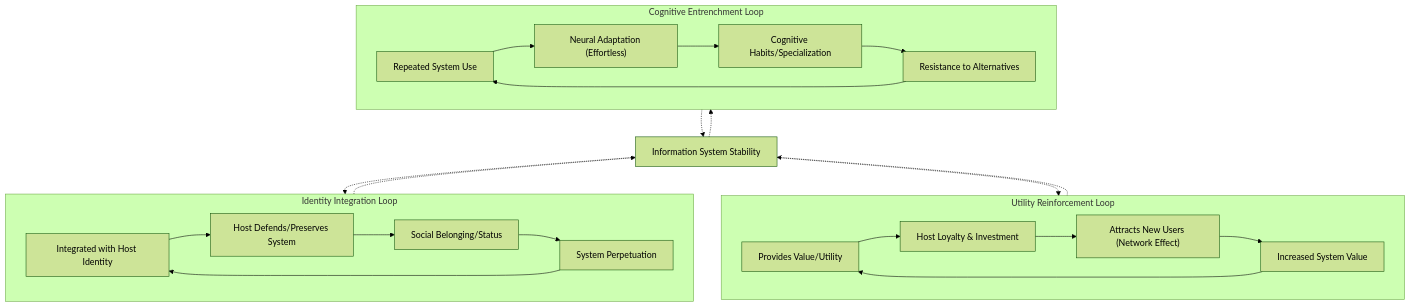
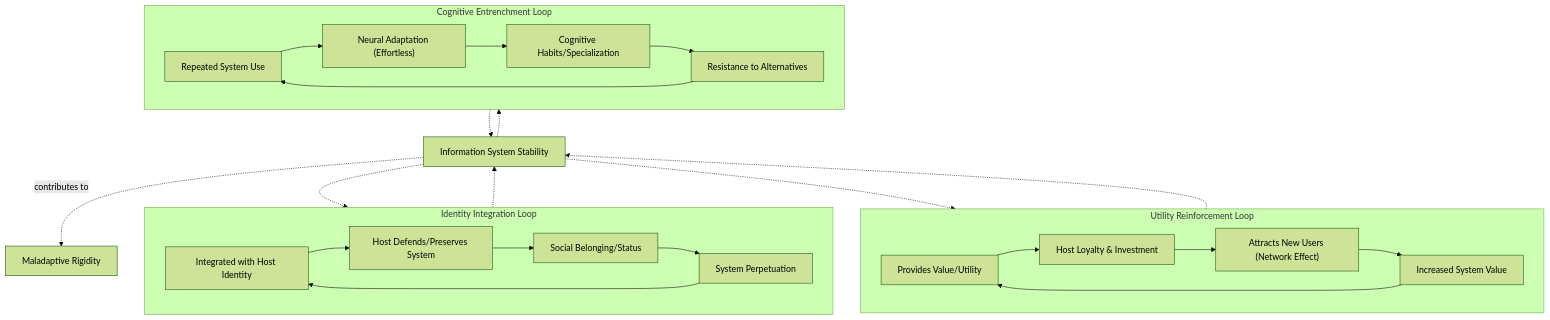
The first of 2 diagrams in docs/04-information-systems/4b-emergent-stability-longevity/4b1-mechanisms-emergent-stability.md (Staphylococcus/brain-from-brane), drawn with Mermaid (forest theme) before and after one commit. The commit also changed other lines of this file and 6 other files, not shown here.

````diff
--- a/docs/04-information-systems/4b-emergent-stability-longevity/4b1-mechanisms-emergent-stability.md
+++ b/docs/04-information-systems/4b-emergent-stability-longevity/4b1-mechanisms-emergent-stability.md
@@ -18,34 +18,37 @@
 ```mermaid
 graph TD
+    MR_from_CE["Maladaptive Rigidity"]
     IS_Stability["Information System Stability"]
     IS_Stability -.-> U1["Provides Value/Utility"]
     IS_Stability -.-> I1["Integrated with Host Identity"]
     IS_Stability -.-> C1["Repeated System Use"]
+    IS_Stability -.->|contributes to| MR_from_CE
     U4 -.-> IS_Stability
     I4 -.-> IS_Stability
     C4 -.-> IS_Stability
+
 
     subgraph Utility_Reinforcement ["Utility Reinforcement Loop"]
         direction LR
         U1 --> U2["Host Loyalty & Investment"]
         U2 --> U3["Attracts New Users (Network Effect)"]
         U3 --> U4["Increased System Value"]
         U4 --> U1
     end
 
     subgraph Identity_Integration ["Identity Integration Loop"]
         direction LR
         I1 --> I2["Host Defends/Preserves System"]
         I2 --> I3["Social Belonging/Status"]
         I3 --> I4["System Perpetuation"]
         I4 --> I1
     end
 
     subgraph Cognitive_Entrenchment ["Cognitive Entrenchment Loop"]
         direction LR
         C1 --> C2["Neural Adaptation (Effortless)"]
         C2 --> C3["Cognitive Habits/Specialization"]
         C3 --> C4["Resistance to Alternatives"]
         C4 --> C1
     end
 ```
````
